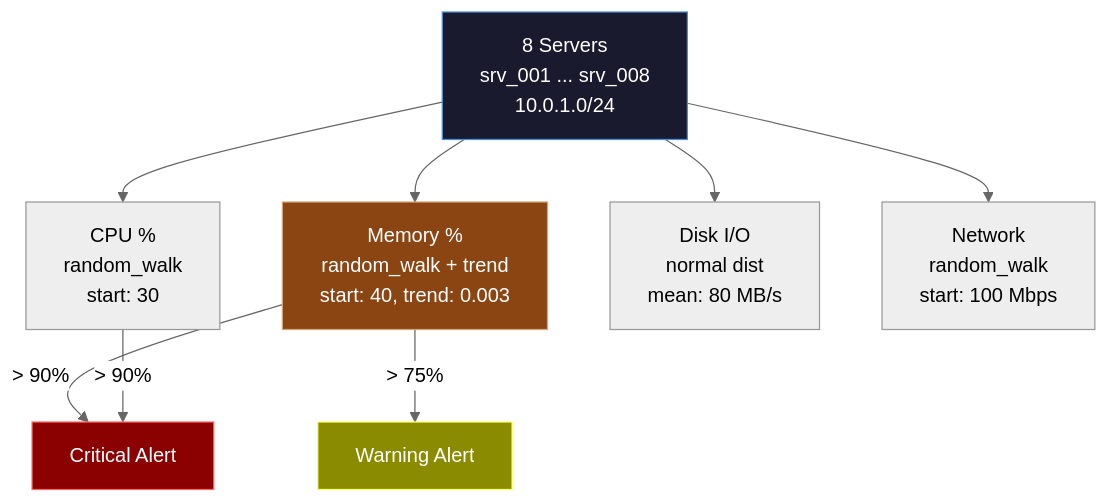
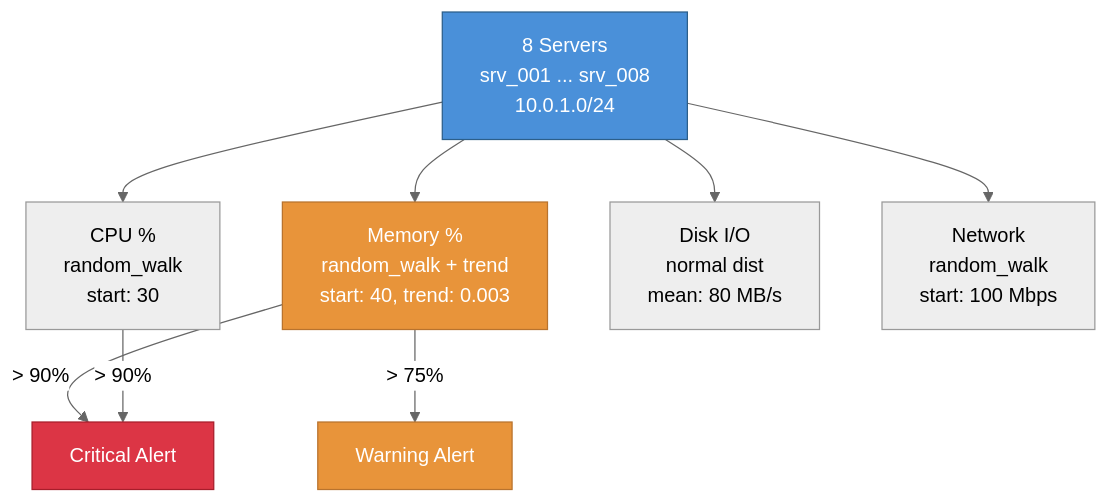
The second of 4 diagrams in docs/simulation/patterns/business_it.md (henryodibi11/Odibi), drawn with Mermaid (neutral theme) before and after one commit. The commit also changed other lines of this file and 7 other files, not shown here.

First line of the commit message:
Fix mermaid diagram colors for readability across all 26 diagrams

````diff
--- a/docs/simulation/patterns/business_it.md
+++ b/docs/simulation/patterns/business_it.md
@@ -410,15 +410,15 @@
 ```mermaid
 flowchart TD
     A["8 Servers\nsrv_001 ... srv_008\n10.0.1.0/24"] --> B["CPU %\nrandom_walk\nstart: 30"]
     A --> C["Memory %\nrandom_walk + trend\nstart: 40, trend: 0.003"]
     A --> D["Disk I/O\nnormal dist\nmean: 80 MB/s"]
     A --> E["Network\nrandom_walk\nstart: 100 Mbps"]
     C -->|"&gt; 75%"| F["Warning Alert"]
     C -->|"&gt; 90%"| G["Critical Alert"]
     B -->|"&gt; 90%"| G
 
-    style A fill:#1a1a2e,stroke:#4a90d9,color:#ffffff
-    style C fill:#8B4513,stroke:#d4a574,color:#ffffff
-    style F fill:#8B8B00,stroke:#ffff66,color:#ffffff
-    style G fill:#8B0000,stroke:#ff6666,color:#ffffff
+    style A fill:#4a90d9,stroke:#2c5f8a,color:#ffffff
+    style C fill:#e8943a,stroke:#b8732e,color:#ffffff
+    style F fill:#e8943a,stroke:#b8732e,color:#ffffff
+    style G fill:#dc3545,stroke:#a71d2a,color:#ffffff
 ```
````
